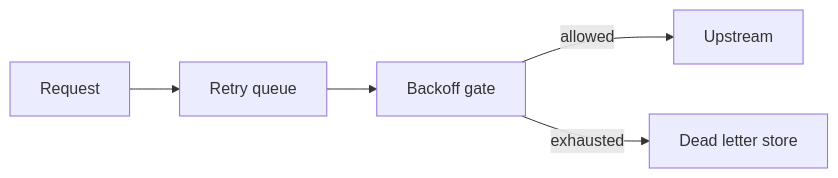
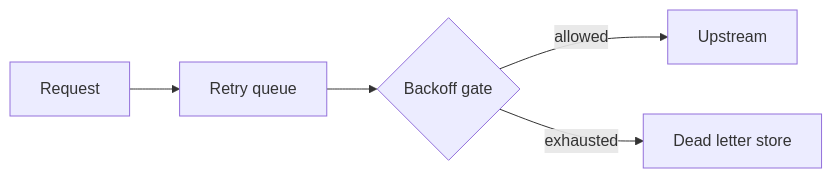
The diagram in examples/reports/decision-retry-timeout.md (nyimbi/pi-deep-research), drawn with Mermaid before and after one commit. The commit also changed 8 other files, not shown here.

Commit message:
feat: interactive diagrams in report.html: highlight, step, zoom, pan, plate and notes from the prose

````diff
--- a/examples/reports/decision-retry-timeout.md
+++ b/examples/reports/decision-retry-timeout.md
@@ -27,7 +27,7 @@
 ```mermaid
 flowchart LR
   A[Request] --> B[Retry queue]
-  B --> C[Backoff gate]
+  B --> C{Backoff gate}
   C -->|allowed| D[Upstream]
   C -->|exhausted| E[Dead letter store]
 ```
````
